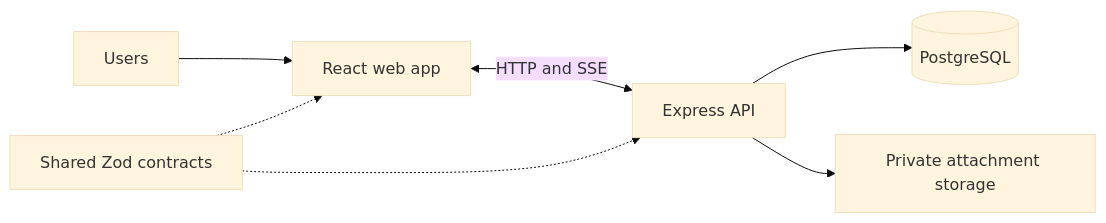
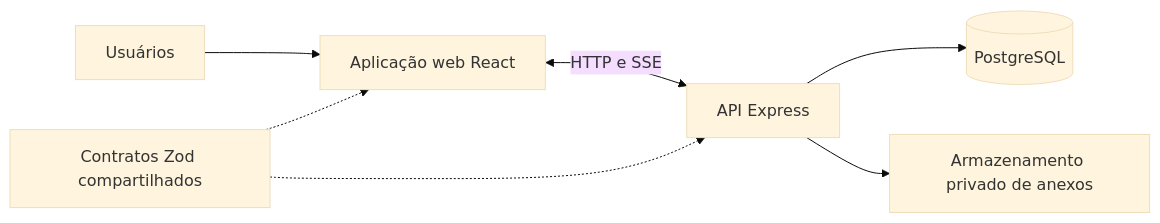
The diagram in README.md (joaoMia/helpdesk), drawn with Mermaid (base theme) before and after one commit. The commit also changed other lines of this file and 1 other file, not shown here.

````diff
--- a/README.md
+++ b/README.md
@@ -42,9 +42,9 @@
 ```mermaid
 flowchart LR
-    U[Users] --> W[React web app]
-    W <-->|HTTP and SSE| A[Express API]
+    U[Usuários] --> W[Aplicação web React]
+    W <-->|HTTP e SSE| A[API Express]
     A --> D[(PostgreSQL)]
-    A --> F[Private attachment storage]
-    C[Shared Zod contracts] -.-> W
+    A --> F[Armazenamento privado de anexos]
+    C[Contratos Zod compartilhados] -.-> W
     C -.-> A
 ```
````
